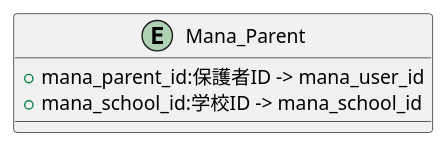
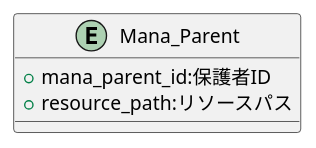
The diagram in Entity/Mana_Parent.pu (popoposorara/ERP_ER), drawn with PlantUML before and after one commit. The commit also changed 32 other files, not shown here.

```diff
--- a/Entity/Mana_Parent.pu
+++ b/Entity/Mana_Parent.pu
@@ -1,8 +1,8 @@
 @startuml
 
 entity "Mana_Parent" {
-    + mana_parent_id:保護者ID -> mana_user_id
-    + mana_school_id:学校ID -> mana_school_id
+    + mana_parent_id:保護者ID
+    + resource_path:リソースパス
 }
 
 @enduml
```
